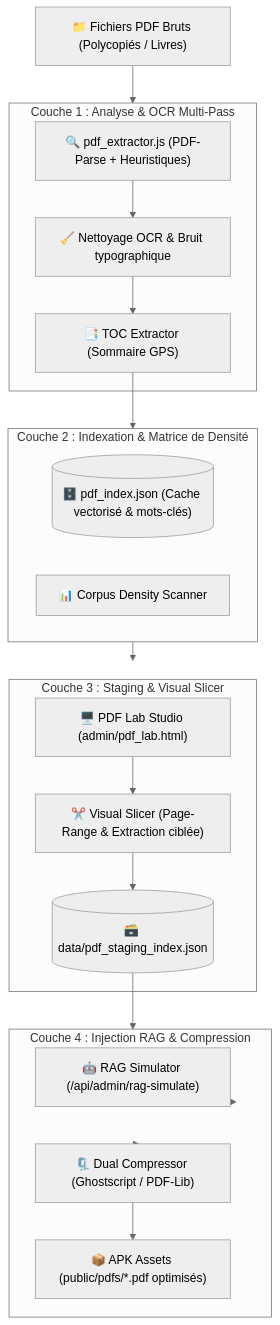
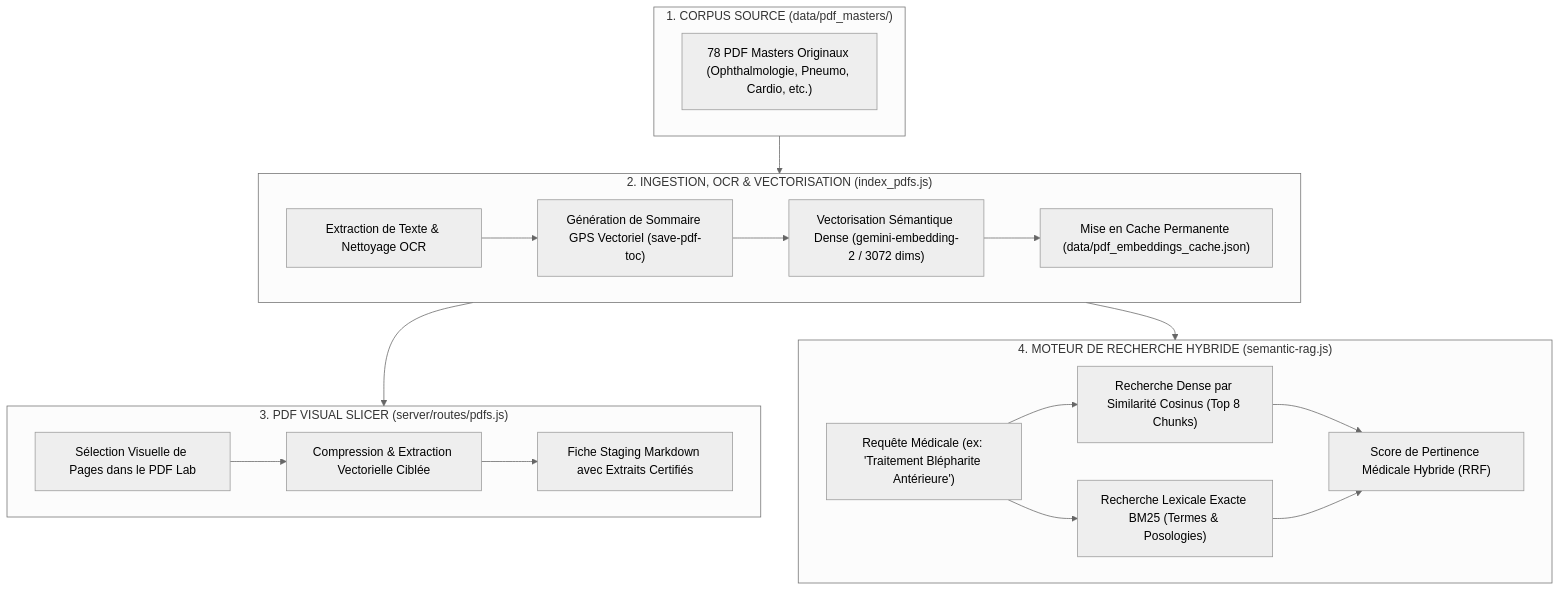
The diagram in docs/01-architecture/pdf-rag-pipeline.md (iillaa/med), drawn with Mermaid (neutral theme) before and after one commit. The commit also changed other lines of this file and 7 other files, not shown here.

First line of the commit message:
docs(deep-architecture): complete exhaustive technical specifications and deep debugging manual

````diff
--- a/docs/01-architecture/pdf-rag-pipeline.md
+++ b/docs/01-architecture/pdf-rag-pipeline.md
@@ -19,34 +13,33 @@
 ```mermaid
 flowchart TD
-    RawPDF["📁 Fichiers PDF Bruts (Polycopiés / Livres)"]
-    
-    subgraph Layer1["Couche 1 : Analyse & OCR Multi-Pass"]
-        Extractor["🔍 pdf_extractor.js (PDF-Parse + Heuristiques)"]
-        OCRClean["🧹 Nettoyage OCR & Bruit typographique"]
-        TOCEngine["📑 TOC Extractor (Sommaire GPS)"]
+    subgraph RawCorpus["1. CORPUS SOURCE (data/pdf_masters/)"]
+        PDFs["78 PDF Masters Originaux (Ophthalmologie, Pneumo, Cardio, etc.)"]
     end
 
-    subgraph Layer2["Couche 2 : Indexation & Matrice de Densité"]
-        PDFIndex[("🗄️ pdf_index.json (Cache vectorisé & mots-clés)")]
-        DensityScanner["📊 Corpus Density Scanner"]
+    subgraph Ingestion["2. INGESTION, OCR & VECTORISATION (index_pdfs.js)"]
+        OCR["Extraction de Texte & Nettoyage OCR"]
+        TOC["Génération de Sommaire GPS Vectoriel (save-pdf-toc)"]
+        Embeddings["Vectorisation Sémantique Dense (gemini-embedding-2 / 3072 dims)"]
+        DiskCache["Mise en Cache Permanente (data/pdf_embeddings_cache.json)"]
+        OCR --> TOC --> Embeddings --> DiskCache
     end
 
-    subgraph Layer3["Couche 3 : Staging & Visual Slicer"]
-        PDFLabUI["🖥️ PDF Lab Studio (admin/pdf_lab.html)"]
-        Slicer["✂️ Visual Slicer (Page-Range & Extraction ciblée)"]
-        StagingArea[("🗃️ data/pdf_staging_index.json")]
+    subgraph Slicer["3. PDF VISUAL SLICER (server/routes/pdfs.js)"]
+        VisualSelect["Sélection Visuelle de Pages dans le PDF Lab"]
+        Ghostscript["Compression & Extraction Vectorielle Ciblée"]
+        CleanOutput["Fiche Staging Markdown avec Extraits Certifiés"]
+        VisualSelect --> Ghostscript --> CleanOutput
     end
 
-    subgraph Layer4["Couche 4 : Injection RAG & Compression"]
-        RAGSimulator["🤖 RAG Simulator (/api/admin/rag-simulate)"]
-        DualCompress["🗜️ Dual Compressor (Ghostscript / PDF-Lib)"]
-        FinalAPK["📦 APK Assets (public/pdfs/*.pdf optimisés)"]
+    subgraph QueryEngine["4. MOTEUR DE RECHERCHE HYBRIDE (semantic-rag.js)"]
+        Query["Requête Médicale (ex: 'Traitement Blépharite Antérieure')"]
+        DenseSearch["Recherche Dense par Similarité Cosinus (Top 8 Chunks)"]
+        BM25["Recherche Lexicale Exacte BM25 (Termes & Posologies)"]
+        Fusion["Score de Pertinence Médicale Hybride (RRF)"]
+        Query --> DenseSearch & BM25 --> Fusion
     end
 
-    RawPDF --> Layer1
-    Extractor --> OCRClean --> TOCEngine --> Layer2
-    Layer2 --> Layer3
-    PDFLabUI --> Slicer --> StagingArea --> Layer4
-    Layer4 --> RAGSimulator
-    Layer4 --> DualCompress --> FinalAPK
+    RawCorpus --> Ingestion
+    Ingestion --> Slicer
+    Ingestion --> QueryEngine
 ```
````
